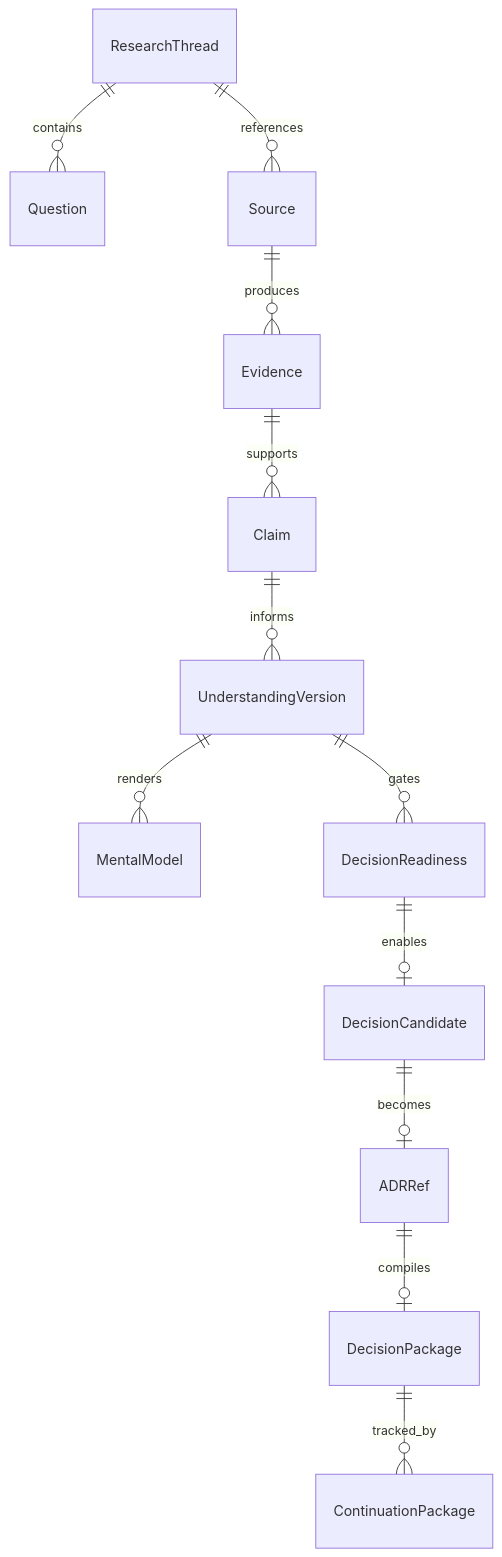
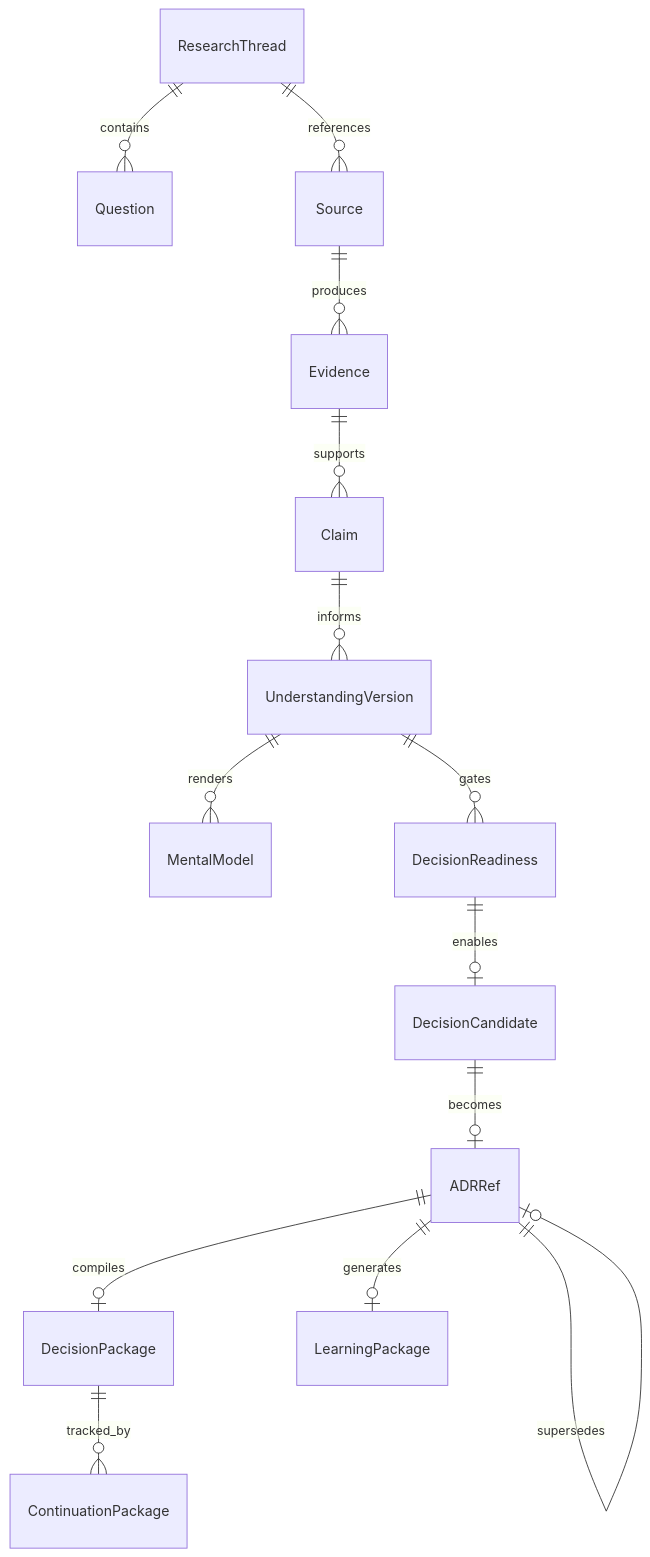
One commit to SandeepN97/Beacon-Co changed the diagram in public/diagrams/mermaid/phase-1-6-canonical-data-model.mmd. Above: the diagram before and after it, drawn with Mermaid. The commit also changed 14 other files, not shown here.

```diff
--- a/public/diagrams/mermaid/phase-1-6-canonical-data-model.mmd
+++ b/public/diagrams/mermaid/phase-1-6-canonical-data-model.mmd
@@ -1,12 +1,14 @@
 erDiagram
     ResearchThread ||--o{ Question : contains
     ResearchThread ||--o{ Source : references
     Source ||--o{ Evidence : produces
     Evidence ||--o{ Claim : supports
     Claim ||--o{ UnderstandingVersion : informs
     UnderstandingVersion ||--o{ MentalModel : renders
     UnderstandingVersion ||--o{ DecisionReadiness : gates
     DecisionReadiness ||--o| DecisionCandidate : enables
     DecisionCandidate ||--o| ADRRef : becomes
     ADRRef ||--o| DecisionPackage : compiles
     DecisionPackage ||--o{ ContinuationPackage : tracked_by
+    ADRRef ||--o| ADRRef : supersedes
+    ADRRef ||--o| LearningPackage : generates
```
